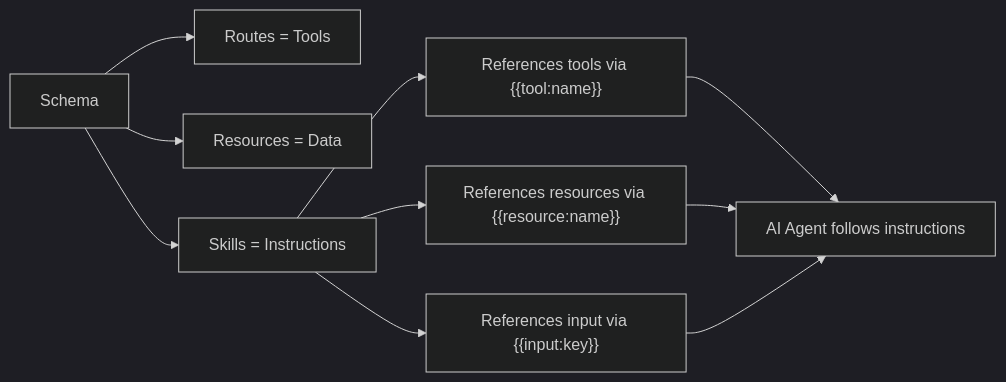
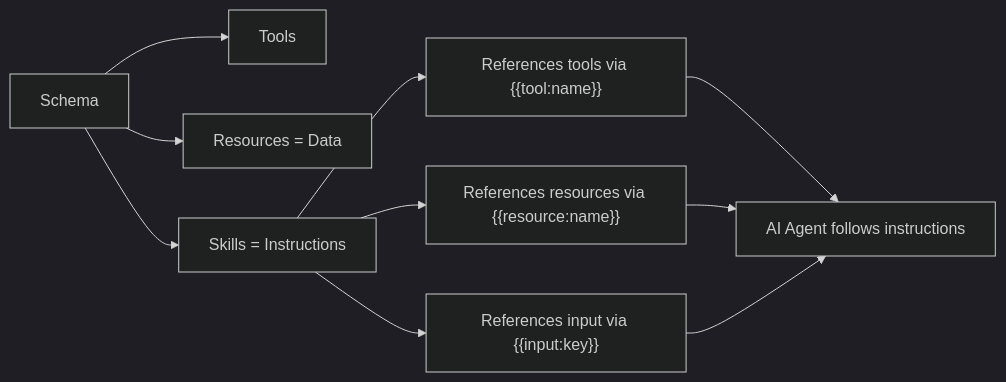
The first of 2 diagrams in spec/v3.0.0/14-skills.md (FlowMCP/flowmcp-spec), drawn with Mermaid (dark theme) before and after one commit. The commit also changed other lines of this file and 9 other files, not shown here.

````diff
--- a/spec/v3.0.0/14-skills.md
+++ b/spec/v3.0.0/14-skills.md
@@ -11,12 +11,12 @@
 ```mermaid
 flowchart LR
-    A[Schema] --> B[Routes = Tools]
+    A[Schema] --> B[Tools]
     A --> C[Resources = Data]
     A --> D[Skills = Instructions]
     D --> E["References tools via {{tool:name}}"]
     D --> F["References resources via {{resource:name}}"]
     D --> G["References input via {{input:key}}"]
     E --> H[AI Agent follows instructions]
     F --> H
     G --> H
 ```
````
